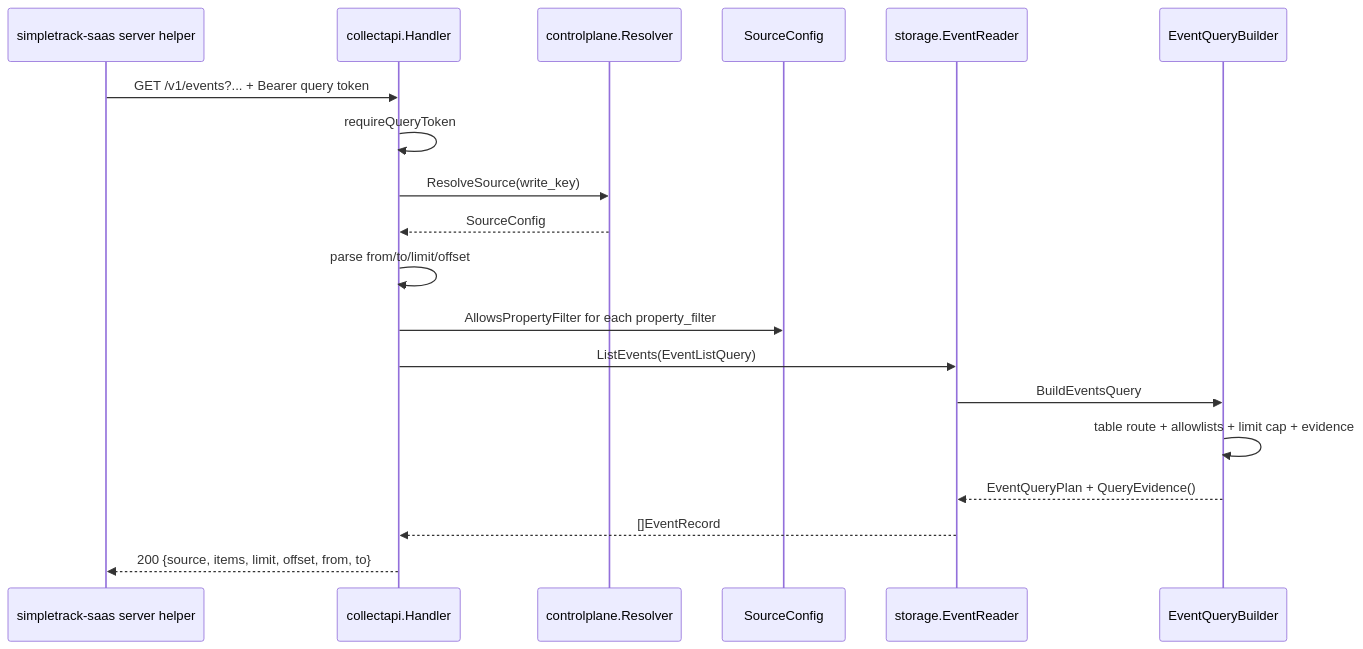
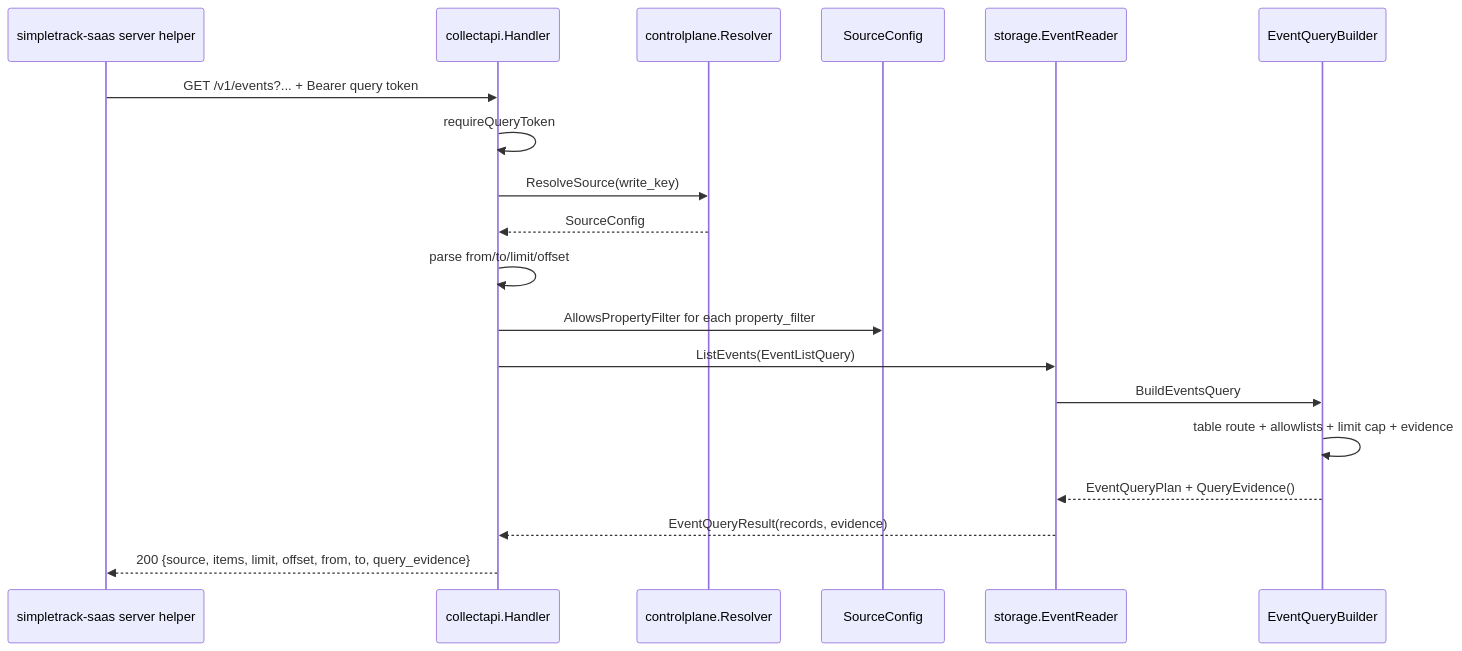
Before and after one commit to RoggerZ/uba: the fourth of 12 diagrams in docs/analytics-source-reading/collectapi-query-and-tracker-flow.md, drawn with Mermaid. The commit also changed other lines of this file and 1 other file, not shown here.

First line of the commit message:
Align readback source notes with query evidence

````diff
--- a/docs/analytics-source-reading/collectapi-query-and-tracker-flow.md
+++ b/docs/analytics-source-reading/collectapi-query-and-tracker-flow.md
@@ -947,22 +979,22 @@
 ```mermaid
 sequenceDiagram
     participant SaaS as simpletrack-saas server helper
     participant Handler as collectapi.Handler
     participant Resolver as controlplane.Resolver
     participant Source as SourceConfig
     participant Reader as storage.EventReader
     participant Builder as EventQueryBuilder
 
     SaaS->>Handler: GET /v1/events?... + Bearer query token
     Handler->>Handler: requireQueryToken
     Handler->>Resolver: ResolveSource(write_key)
     Resolver-->>Handler: SourceConfig
     Handler->>Handler: parse from/to/limit/offset
     Handler->>Source: AllowsPropertyFilter for each property_filter
     Handler->>Reader: ListEvents(EventListQuery)
     Reader->>Builder: BuildEventsQuery
     Builder->>Builder: table route + allowlists + limit cap + evidence
     Builder-->>Reader: EventQueryPlan + QueryEvidence()
-    Reader-->>Handler: []EventRecord
-    Handler-->>SaaS: 200 {source, items, limit, offset, from, to}
+    Reader-->>Handler: EventQueryResult(records, evidence)
+    Handler-->>SaaS: 200 {source, items, limit, offset, from, to, query_evidence}
 ```
````
